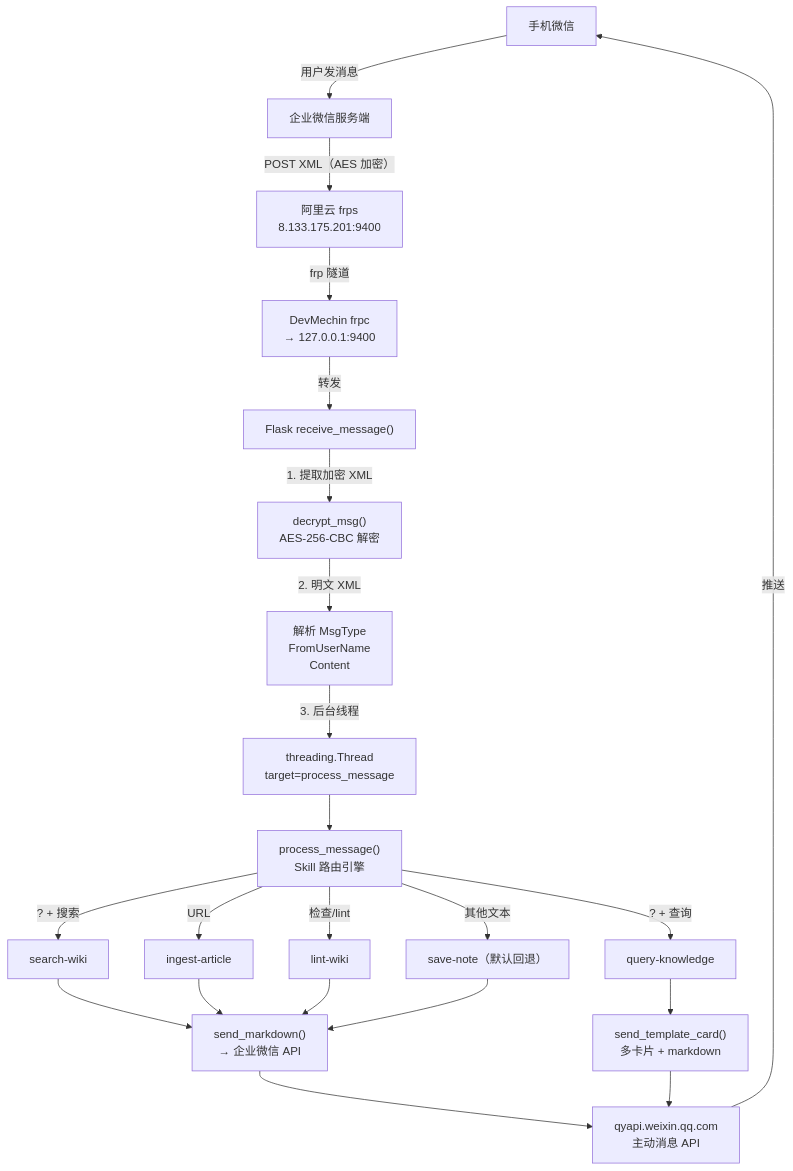
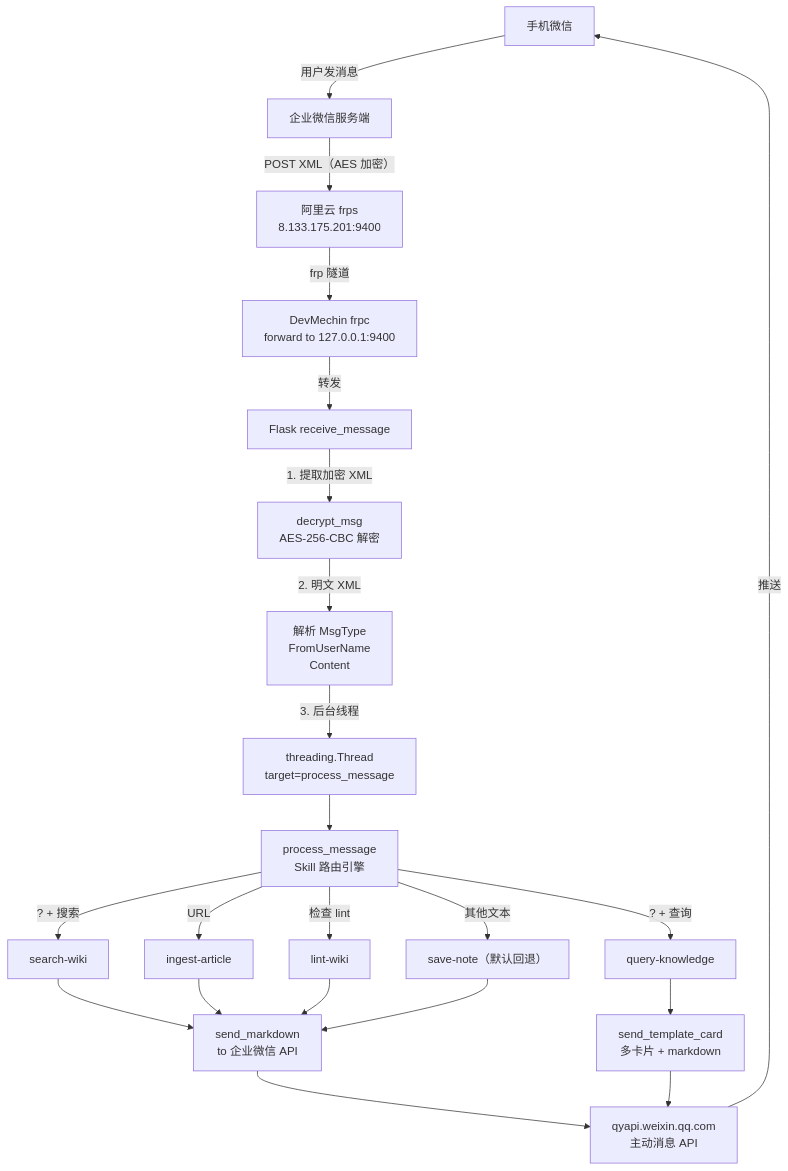
Before and after one commit to JXY001A/knowledge-wiki: the second of 8 diagrams in wiki/综合分析/2026-05-23 Phase 2 实现详细流程图.md, drawn with Mermaid. The commit also changed other lines of this file, not shown here.

First line of the commit message:
fix: 修复 4 处 Mermaid 渲染错误 — 清除节点标签中的 ()/→/✅/{}/├└ 模式

````diff
--- a/wiki/综合分析/2026-05-23 Phase 2 实现详细流程图.md
+++ b/wiki/综合分析/2026-05-23 Phase 2 实现详细流程图.md
@@ -80,29 +80,29 @@
 ```mermaid
 flowchart TD
     WX["手机微信"] -->|"用户发消息"| WXServer["企业微信服务端"]
     WXServer -->|"POST XML（AES 加密）"| Frps["阿里云 frps<br/>8.133.175.201:9400"]
-    Frps -->|"frp 隧道"| Frpc["DevMechin frpc<br/>→ 127.0.0.1:9400"]
-    Frpc -->|"转发"| Flask["Flask receive_message()"]
+    Frps -->|"frp 隧道"| Frpc["DevMechin frpc<br/>forward to 127.0.0.1:9400"]
+    Frpc -->|"转发"| Flask["Flask receive_message"]
 
-    Flask -->|"1. 提取加密 XML"| Decrypt["decrypt_msg()<br/>AES-256-CBC 解密"]
+    Flask -->|"1. 提取加密 XML"| Decrypt["decrypt_msg<br/>AES-256-CBC 解密"]
     Decrypt -->|"2. 明文 XML"| Parse["解析 MsgType<br/>FromUserName<br/>Content"]
     Parse -->|"3. 后台线程"| Thread["threading.Thread<br/>target=process_message"]
 
-    Thread --> Dispatch["process_message()<br/>Skill 路由引擎"]
+    Thread --> Dispatch["process_message<br/>Skill 路由引擎"]
 
     Dispatch -->|"? + 搜索"| SkillSearch["search-wiki"]
     Dispatch -->|"? + 查询"| SkillQuery["query-knowledge"]
     Dispatch -->|"URL"| SkillIngest["ingest-article"]
-    Dispatch -->|""检查/lint""| SkillLint["lint-wiki"]
+    Dispatch -->|"检查 lint"| SkillLint["lint-wiki"]
     Dispatch -->|"其他文本"| SkillSave["save-note（默认回退）"]
 
-    SkillSearch --> Reply["send_markdown()<br/>→ 企业微信 API"]
-    SkillQuery --> ReplyCards["send_template_card()<br/>多卡片 + markdown"]
+    SkillSearch --> Reply["send_markdown<br/>to 企业微信 API"]
+    SkillQuery --> ReplyCards["send_template_card<br/>多卡片 + markdown"]
     SkillIngest --> Reply
     SkillLint --> Reply
     SkillSave --> Reply
 
     Reply --> WXAPI["qyapi.weixin.qq.com<br/>主动消息 API"]
     ReplyCards --> WXAPI
     WXAPI -->|"推送"| WX
 ```
````
